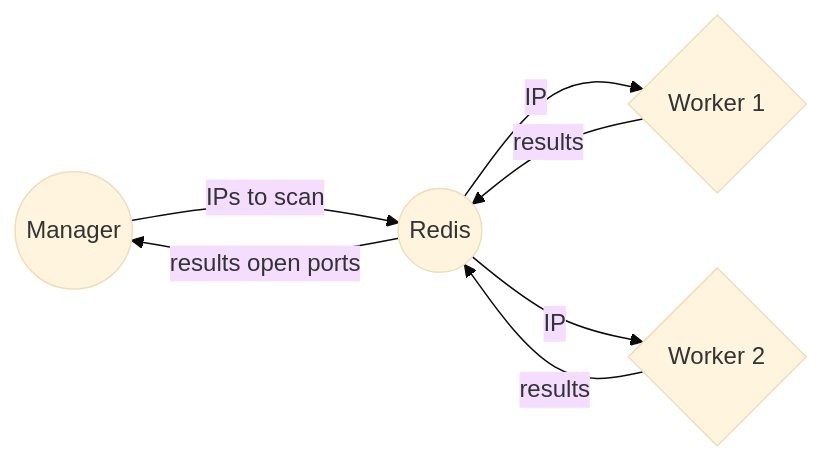
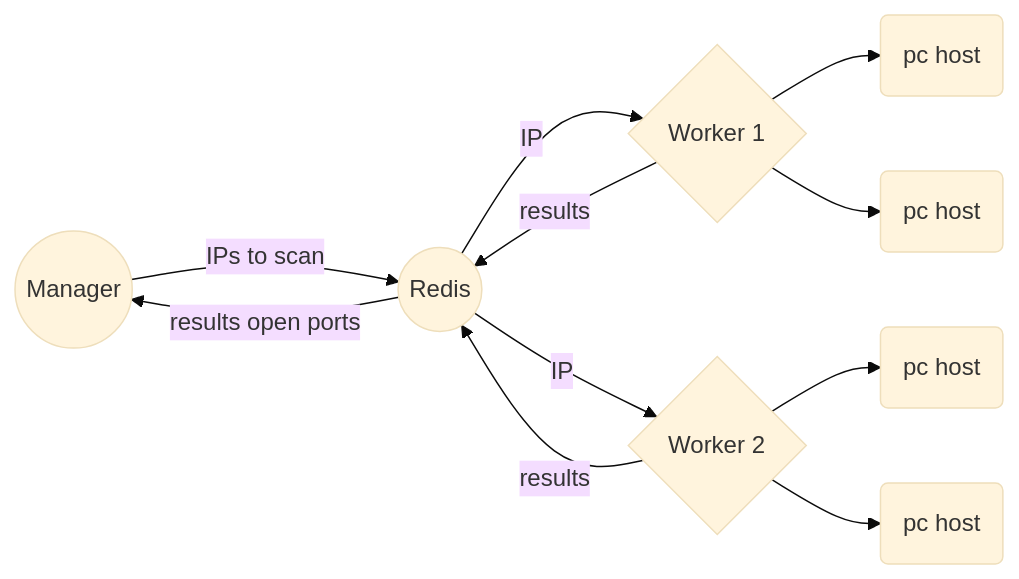
The diagram in README.md (nireitdev/go-network-distributed-scanner), drawn with Mermaid (base theme) before and after one commit. The commit also changed other lines of this file, not shown here.

````diff
--- a/README.md
+++ b/README.md
@@ -10,9 +13,13 @@
 ```mermaid
 graph LR
     U((Manager)) -- IPs to scan --> B((Redis))    
     B -- IP --> X{Worker 1}
     B -- IP --> Y{Worker 2}
     X -- results --> B
     Y -- results --> B
     B -- results open ports --> U
+    X --> M(pc host)
+    X --> N(pc host)
+    Y --> O(pc host)
+    Y --> P(pc host)
 ```
````
